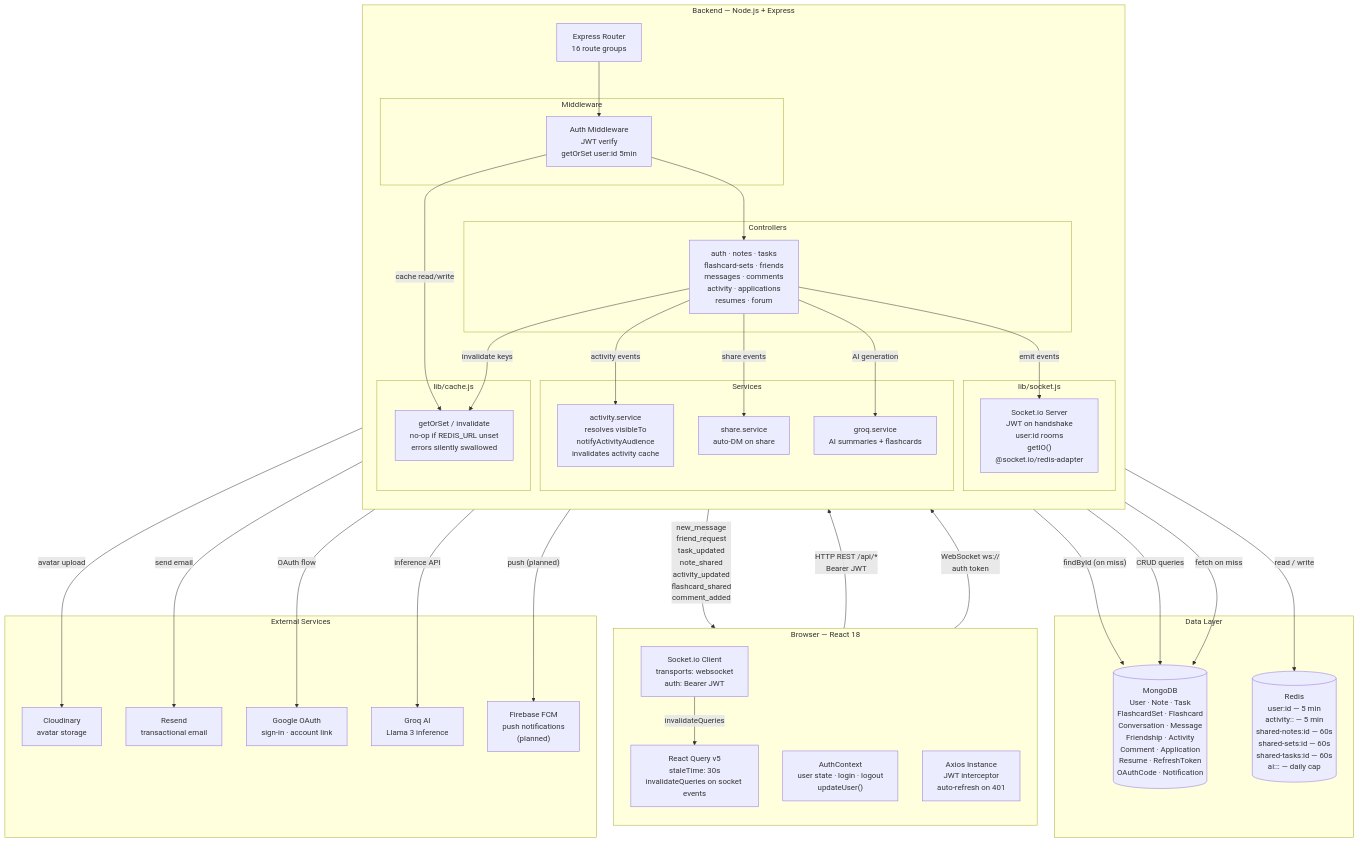
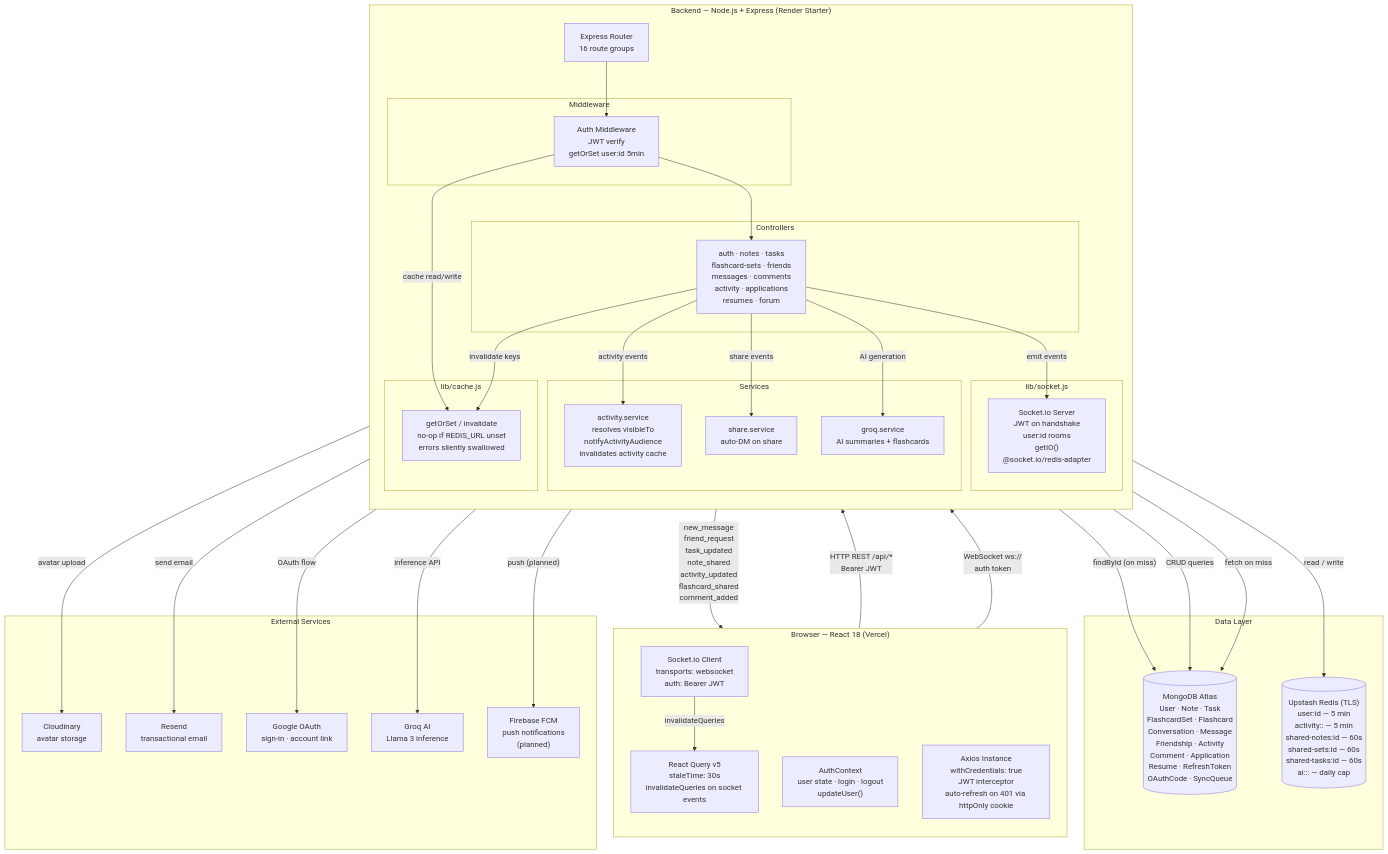
Before and after one commit to JustinBurrell/continuum: the first of 5 diagrams in docs/backend/system-design.md, drawn with Mermaid. The commit also changed other lines of this file and 2 other files, not shown here.

Commit message:
docs: phase C — update system design and schema diagram for production stack

````diff
--- a/docs/backend/system-design.md
+++ b/docs/backend/system-design.md
@@ -5,14 +5,14 @@
 ```mermaid
 flowchart TB
-    subgraph CLIENT["Browser — React 18"]
+    subgraph CLIENT["Browser — React 18 (Vercel)"]
         direction TB
         RQ["React Query v5\nstaleTime: 30s\ninvalidateQueries on socket events"]
         AC["AuthContext\nuser state · login · logout\nupdateUser()"]
         SC["Socket.io Client\ntransports: websocket\nauth: Bearer JWT"]
-        AX["Axios Instance\nJWT interceptor\nauto-refresh on 401"]
+        AX["Axios Instance\nwithCredentials: true\nJWT interceptor\nauto-refresh on 401 via httpOnly cookie"]
     end
 
-    subgraph BACKEND["Backend — Node.js + Express"]
+    subgraph BACKEND["Backend — Node.js + Express (Render Starter)"]
         direction TB
         ROUTER["Express Router\n16 route groups"]
 
@@ -41,8 +41,8 @@
     end
 
     subgraph DATA["Data Layer"]
-        MONGO[("MongoDB\nUser · Note · Task\nFlashcardSet · Flashcard\nConversation · Message\nFriendship · Activity\nComment · Application\nResume · RefreshToken\nOAuthCode · Notification")]
-        REDIS[("Redis\nuser:id — 5 min\nactivity:<userId>:<cursor> — 5 min\nshared-notes:id — 60s\nshared-sets:id — 60s\nshared-tasks:id — 60s\nai:<type>:<userId>:<date> — daily cap")]
+        MONGO[("MongoDB Atlas\nUser · Note · Task\nFlashcardSet · Flashcard\nConversation · Message\nFriendship · Activity\nComment · Application\nResume · RefreshToken\nOAuthCode · SyncQueue")]
+        REDIS[("Upstash Redis (TLS)\nuser:id — 5 min\nactivity:<userId>:<cursor> — 5 min\nshared-notes:id — 60s\nshared-sets:id — 60s\nshared-tasks:id — 60s\nai:<type>:<userId>:<date> — daily cap")]
     end
 
     subgraph EXTERNAL["External Services"]
````
